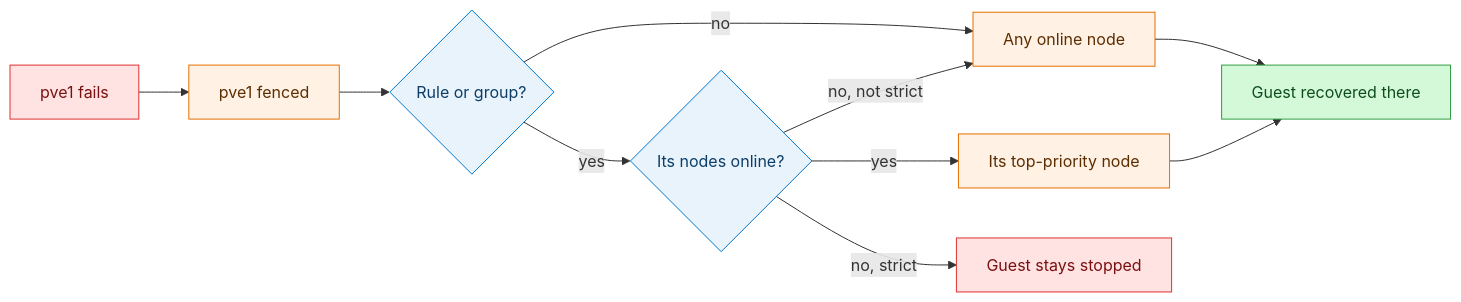
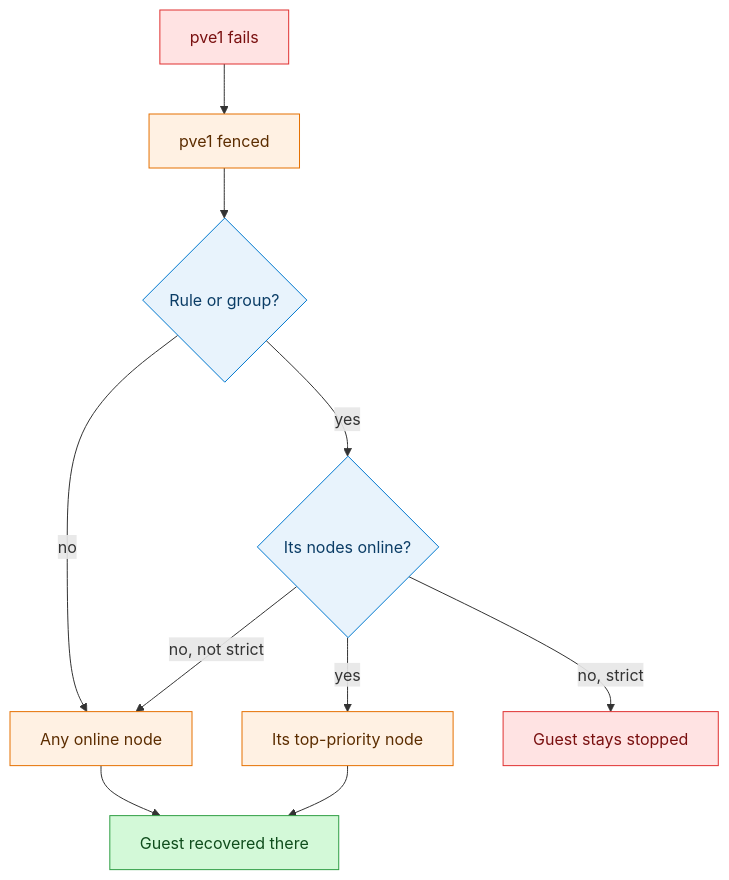
The diagram in docs/guests/ha.md (Helphyy/pvecli), drawn with Mermaid before and after one commit. The commit also changed 19 other files, not shown here.

First line of the commit message:
Draw the diagrams at build time so they no longer pop in

````diff
--- a/docs/guests/ha.md
+++ b/docs/guests/ha.md
@@ -11,17 +11,17 @@
 ```mermaid
-flowchart LR
+flowchart TD
   A[pve1 fails]:::stop --> B[pve1 fenced]:::step
   B --> C{"Rule or group?"}:::check
   C -- no --> E[Any online node]:::step
   C -- yes --> D{Its nodes online?}:::check
   D -- yes --> F[Its top-priority node]:::step
   D -- "no, not strict" --> E
   D -- "no, strict" --> G[Guest stays stopped]:::stop
   E --> H[Guest recovered there]:::done
   F --> H
 
   classDef check fill:#e8f3fc,stroke:#0078cf,color:#0b3d66
   classDef stop fill:#ffe3e3,stroke:#e03131,color:#7a1010
   classDef step fill:#fff1e3,stroke:#e57000,color:#5c2d00
   classDef done fill:#d3f9d8,stroke:#2f9e44,color:#0f4d1c
 ```
````
